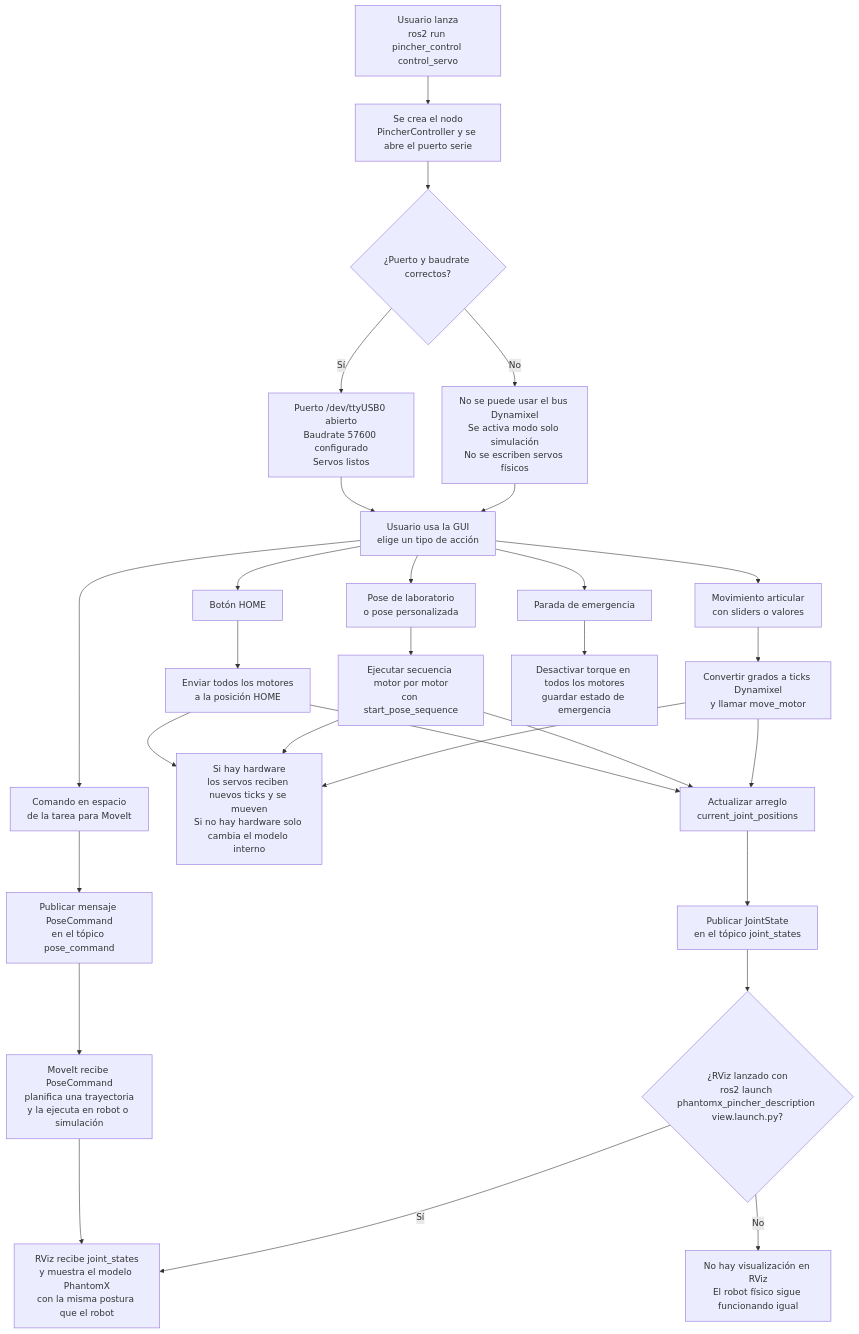
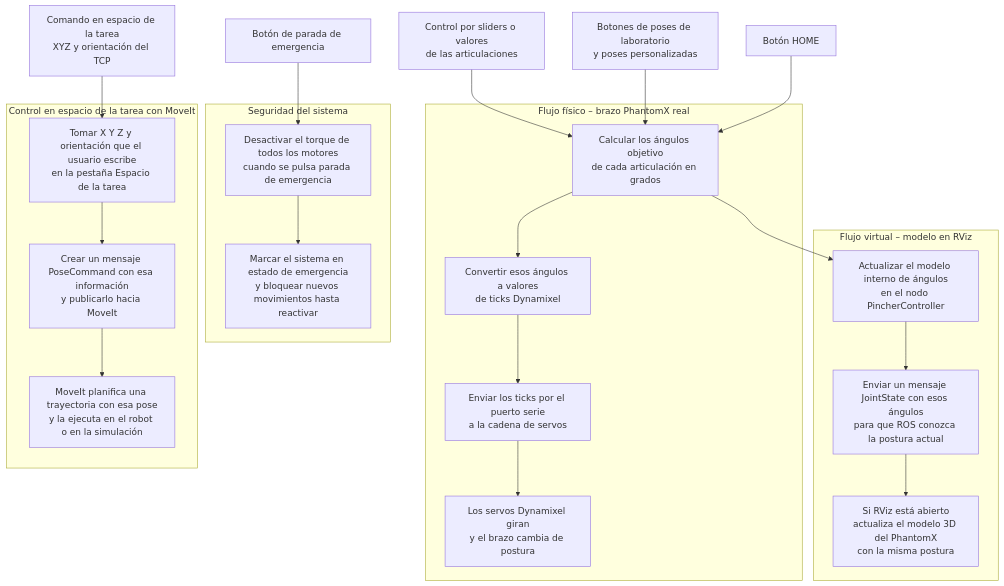
One commit to EstebanErazo500/Robotica_2025_02 changed the diagram in Laboratorio_5/Readme.md. Above: the diagram before and after it, drawn with Mermaid.

````diff
--- a/Laboratorio_5/Readme.md
+++ b/Laboratorio_5/Readme.md
@@ -188,47 +188,63 @@
 ```mermaid
 flowchart TD
-    %% INICIO DEL SISTEMA
-    A[Usuario lanza<br>ros2 run pincher_control control_servo] --> B[Se crea el nodo<br>PincherController y se abre el puerto serie]
-    B --> C{¿Puerto y baudrate correctos?}
 
-    C -->|No| D[No se puede usar el bus Dynamixel<br>Se activa modo solo simulación<br>No se escriben servos físicos]
-    C -->|Sí| E[Puerto /dev/ttyUSB0 abierto<br>Baudrate 57600 configurado<br>Servos listos]
+    %% ENTRADAS DESDE LA GUI
+    A1[Control por sliders o valores<br>de las articulaciones] 
+    A2[Botones de poses de laboratorio<br>y poses personalizadas]
+    A3[Botón HOME]
+    A4[Botón de parada de emergencia]
+    A5[Comando en espacio de la tarea<br>XYZ y orientación del TCP]
 
-    %% ENTRADA DESDE LA GUI
-    D --> F[Usuario usa la GUI<br>elige un tipo de acción]
-    E --> F
+    %% FLUJO FÍSICO – BRAZO REAL
+    subgraph F[Flujo físico – brazo PhantomX real]
+        F1[Calcular los ángulos objetivo<br>de cada articulación en grados]
+        F2[Convertir esos ángulos a valores<br>de ticks Dynamixel]
+        F3[Enviar los ticks por el puerto serie<br>a la cadena de servos]
+        F4[Los servos Dynamixel giran<br>y el brazo cambia de postura]
+    end
 
-    F --> G[Movimiento articular<br>con sliders o valores]
-    F --> H[Pose de laboratorio<br>o pose personalizada]
-    F --> I[Botón HOME]
-    F --> J[Parada de emergencia]
-    F --> K[Comando en espacio<br>de la tarea para MoveIt]
+    %% FLUJO VIRTUAL – MODELO EN RVIZ
+    subgraph V[Flujo virtual – modelo en RViz]
+        V1[Actualizar el modelo interno de ángulos<br>en el nodo PincherController]
+        V2[Enviar un mensaje JointState con esos ángulos<br>para que ROS conozca la postura actual]
+        V3[Si RViz está abierto<br>actualiza el modelo 3D del PhantomX<br>con la misma postura]
+    end
 
-    %% ACCIONES SEGÚN TIPO DE COMANDO
-    G --> L[Convertir grados a ticks Dynamixel<br>y llamar move_motor]
-    H --> M[Ejecutar secuencia motor por motor<br>con start_pose_sequence]
-    I --> N[Enviar todos los motores<br>a la posición HOME]
-    J --> O[Desactivar torque en todos los motores<br>guardar estado de emergencia]
-    K --> P[Publicar mensaje PoseCommand<br>en el tópico pose_command]
+    %% SEGURIDAD
+    subgraph S[Seguridad del sistema]
+        S1[Desactivar el torque de todos los motores<br>cuando se pulsa parada de emergencia]
+        S2[Marcar el sistema en estado de emergencia<br>y bloquear nuevos movimientos hasta reactivar]
+    end
 
-    %% MOVIMIENTO REAL O SOLO SIMULACIÓN
-    L --> Q[Si hay hardware<br>los servos reciben nuevos ticks y se mueven<br>Si no hay hardware solo cambia el modelo interno]
-    M --> Q
-    N --> Q
+    %% ESPACIO DE LA TAREA CON MOVEIT
+    subgraph M[Control en espacio de la tarea con MoveIt]
+        M1[Tomar X Y Z y orientación que el usuario escribe<br>en la pestaña Espacio de la tarea]
+        M2[Crear un mensaje PoseCommand con esa información<br>y publicarlo hacia MoveIt]
+        M3[MoveIt planifica una trayectoria con esa pose<br>y la ejecuta en el robot o en la simulación]
+    end
 
-    %% ACTUALIZACIÓN DEL MODELO INTERNO
-    L --> R[Actualizar arreglo<br>current_joint_positions]
-    M --> R
-    N --> R
+    %% CONEXIONES DESDE LA GUI HACIA LOS FLUJOS
+    A1 --> F1
+    A2 --> F1
+    A3 --> F1
 
-    R --> S[Publicar JointState<br>en el tópico joint_states]
-    S --> T{¿RViz lanzado con<br>ros2 launch phantomx_pincher_description view.launch.py?}
+    %% FÍSICO
+    F1 --> F2
+    F2 --> F3
+    F3 --> F4
 
-    T -->|Sí| U[RViz recibe joint_states<br>y muestra el modelo PhantomX<br>con la misma postura que el robot]
-    T -->|No| V[No hay visualización en RViz<br>El robot físico sigue funcionando igual]
+    %% VIRTUAL
+    F1 --> V1
+    V1 --> V2
+    V2 --> V3
 
-    %% MOVEIT EN ESPACIO DE LA TAREA
-    P --> W[MoveIt recibe PoseCommand<br>planifica una trayectoria<br>y la ejecuta en robot o simulación]
-    W --> U
+    %% EMERGENCIA
+    A4 --> S1
+    S1 --> S2
+
+    %% MOVEIT
+    A5 --> M1
+    M1 --> M2
+    M2 --> M3
 
 ```
````
